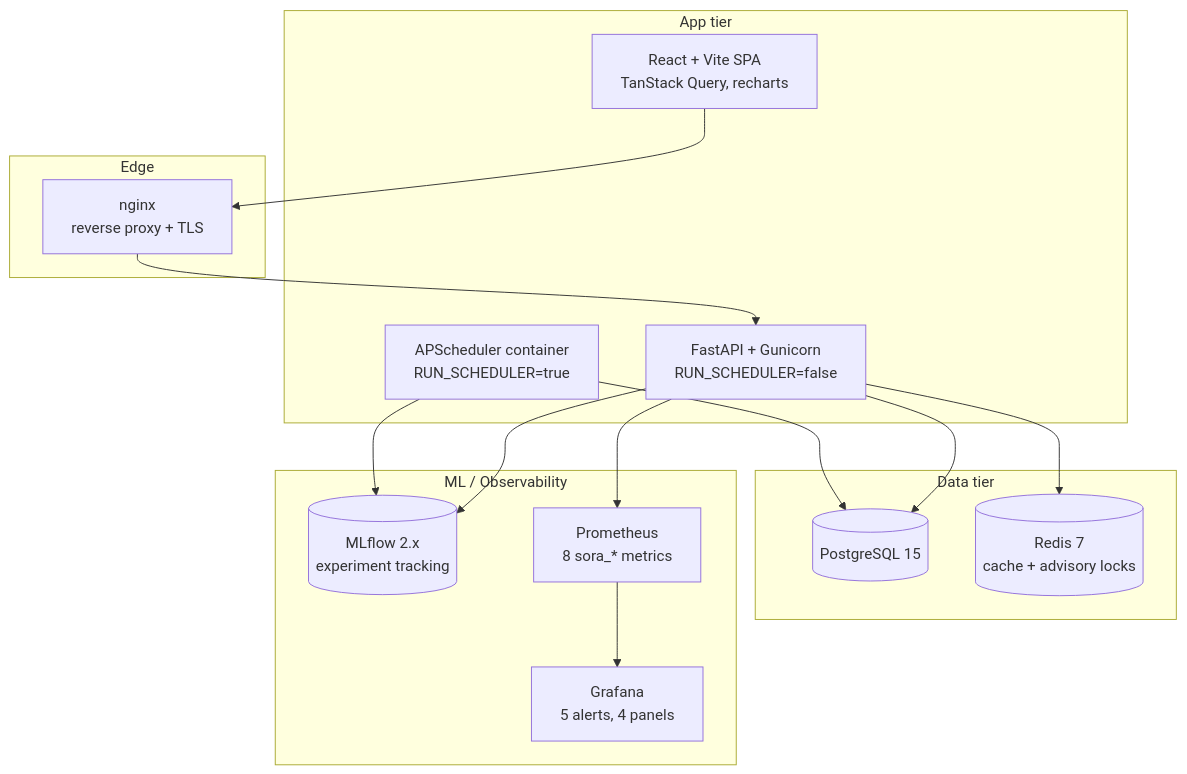
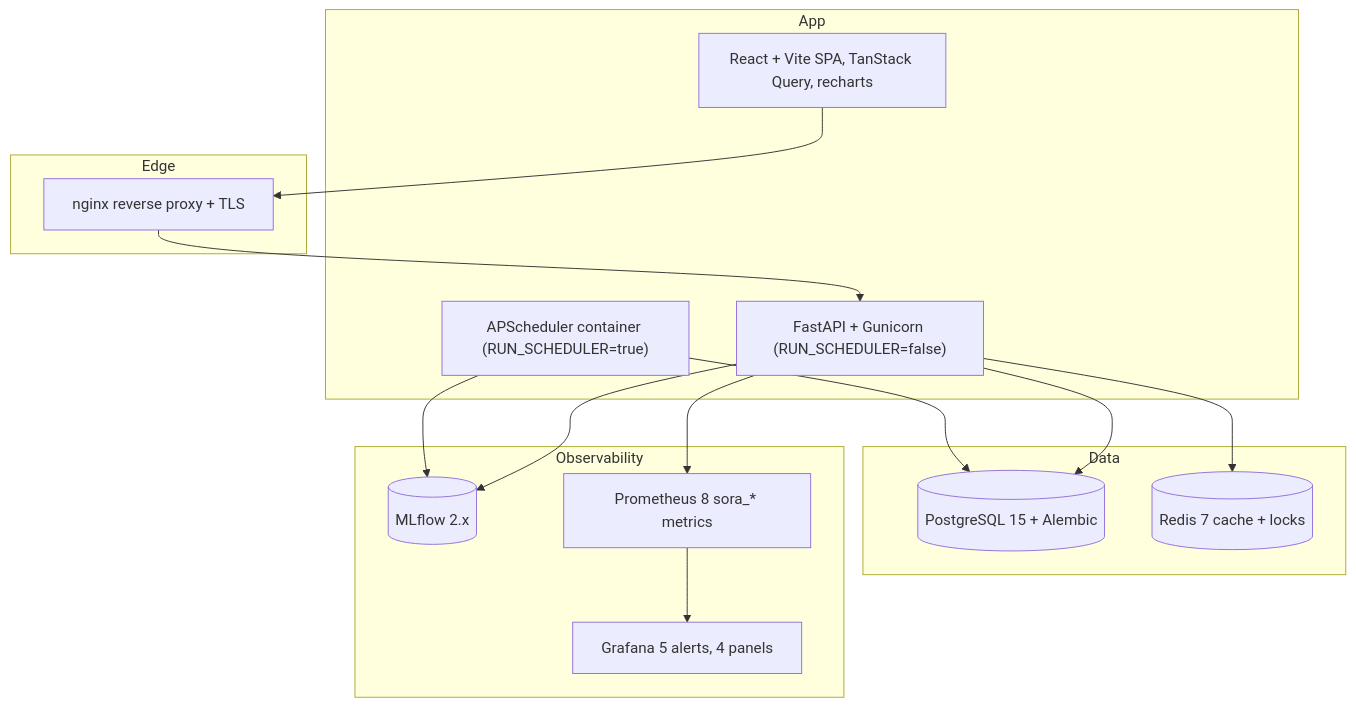
One commit to Evgeniy2001Poluhin/-SORA.Earth changed the diagram in docs/diagrams/02-container.mmd. Above: the diagram before and after it, drawn with Mermaid. The commit also changed 4 other files, not shown here.

Commit message:
docs: visual documontainer, Component, Data flow, Deployment - docs/screenshots/README.md: 9 thesis artifacts with captions + chapter mapping - docs/THESIS_NOTES.md: bumped 7 -> 9 screenshots - README.md: + Architecture diagrams + Screenshots sections

```diff
--- a/docs/diagrams/02-container.mmd
+++ b/docs/diagrams/02-container.mmd
@@ -1,27 +1,27 @@
 graph TB
-  subgraph "Edge"
-    nginx["nginx<br/>reverse proxy + TLS"]
+  subgraph Edge
+    nginx["nginx reverse proxy + TLS"]
   end
-  subgraph "App tier"
-    api["FastAPI + Gunicorn<br/>RUN_SCHEDULER=false"]
-    sched["APScheduler container<br/>RUN_SCHEDULER=true"]
-    spa["React + Vite SPA<br/>TanStack Query, recharts"]
+  subgraph App
+    api["FastAPI + Gunicorn (RUN_SCHEDULER=false)"]
+    sched["APScheduler container (RUN_SCHEDULER=true)"]
+    spa["React + Vite SPA, TanStack Query, recharts"]
   end
-  subgraph "Data tier"
-    pg[("PostgreSQL 15<brc migrations")]
-    redis[("Redis 7<br/>cache + advisory locks")]
+  subgraph Data
+    pg[("PostgreSQL 15 + Alembic")]
+    redis[("Redis 7 cache + locks")]
   end
-  subgraph "ML / Observability"
-    mlflow[("MLflow 2.x<br/>experiment tracking")]
-    prom["Prometheus<br/>8 sora_* metrics"]
-    graf["Grafana<br/>5 alerts, 4 panels"]
+  subgraph Observability
+    mlflow[("MLflow 2.x")]
+    prom["Prometheus 8 sora_* metrics"]
+    graf["Grafana 5 alerts, 4 panels"]
   end
 
   spa --> nginx --> api
   api --> pg
   api --> redis
   api --> mlflow
   api --> prom
   sched --> pg
   sched --> mlflow
   prom --> graf
```
